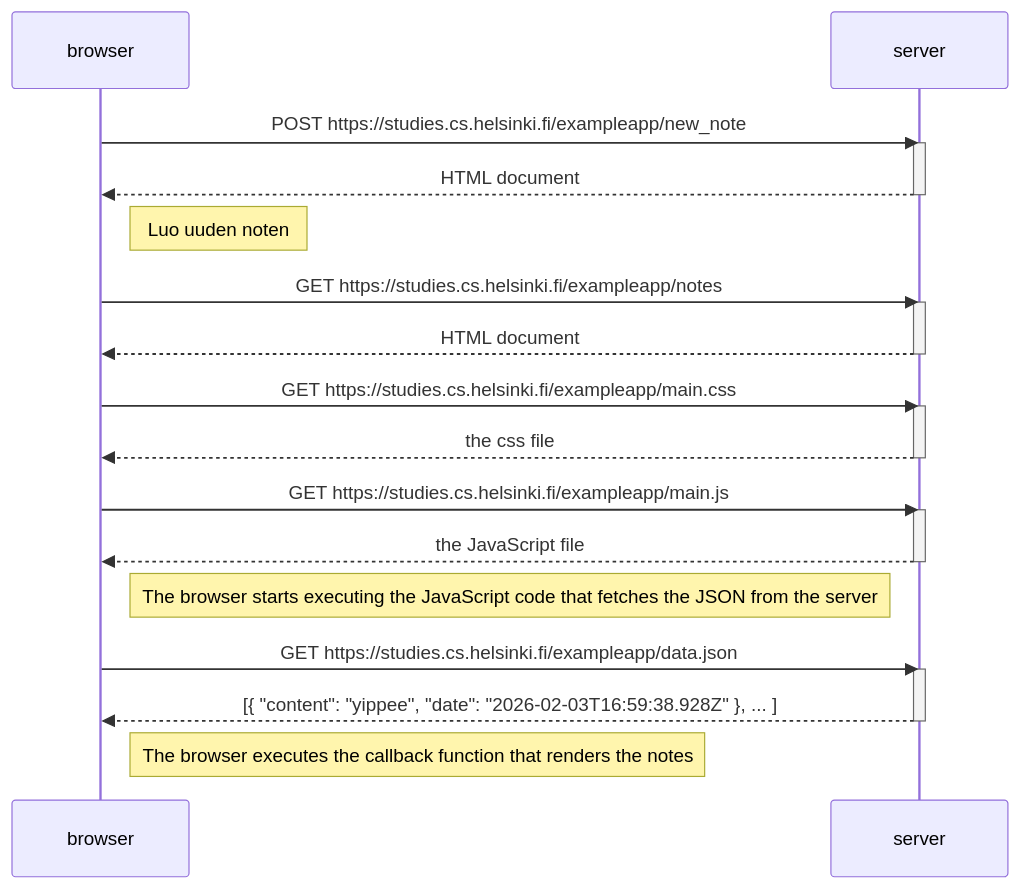
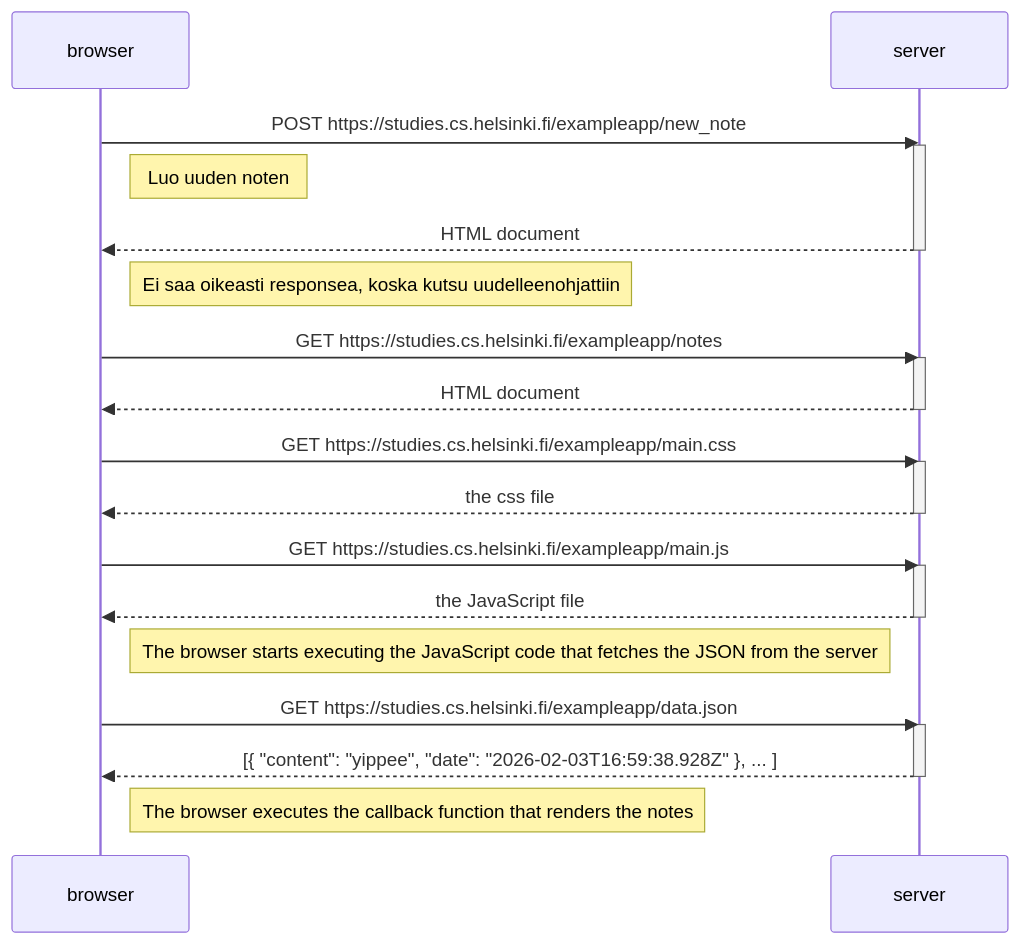
One commit to paajooni/fullstack changed the diagram in osa0/uusiMuistiinpano.md. Above: the diagram before and after it, drawn with Mermaid. The commit also changed other lines of this file, not shown here.

Commit message:
uusiMuistiinpano.md (tehtävä 0.4)
Updated mermaid sequence diagram to include a note about redirection.

````diff
--- a/osa0/uusiMuistiinpano.md
+++ b/osa0/uusiMuistiinpano.md
@@ -1,36 +1,38 @@
 ```mermaid
 sequenceDiagram
     participant browser
     participant server
     
     browser->>server: POST https://studies.cs.helsinki.fi/exampleapp/new_note
     activate server
+    Note right of browser: Luo uuden noten
     server-->>browser: HTML document
     deactivate server
+    Note right of browser: Ei saa oikeasti responsea, koska kutsu uudelleenohjattiin
 
-    Note right of browser: Luo uuden noten
+    
 
     browser->>server: GET https://studies.cs.helsinki.fi/exampleapp/notes
     activate server
     server-->>browser: HTML document
     deactivate server
     
     browser->>server: GET https://studies.cs.helsinki.fi/exampleapp/main.css
     activate server
     server-->>browser: the css file
     deactivate server
     
     browser->>server: GET https://studies.cs.helsinki.fi/exampleapp/main.js
     activate server
     server-->>browser: the JavaScript file
     deactivate server
     
     Note right of browser: The browser starts executing the JavaScript code that fetches the JSON from the server
     
     browser->>server: GET https://studies.cs.helsinki.fi/exampleapp/data.json
     activate server
     server-->>browser: [{ "content": "yippee", "date": "2026-02-03T16:59:38.928Z" }, ... ]
     deactivate server
 
     Note right of browser: The browser executes the callback function that renders the notes 
 ```
````
